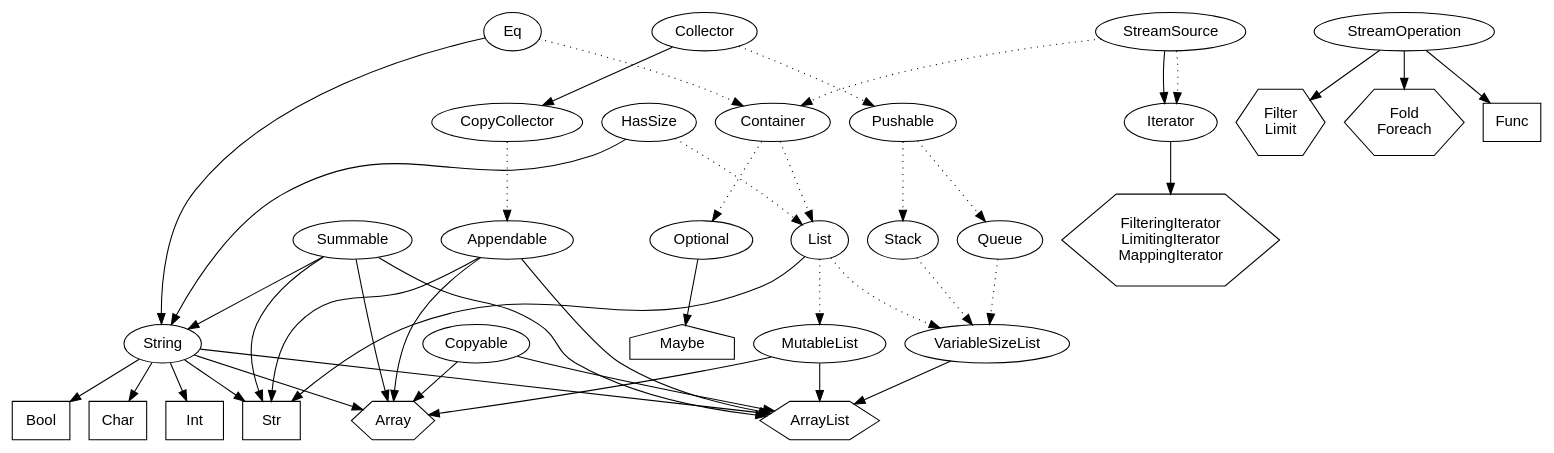
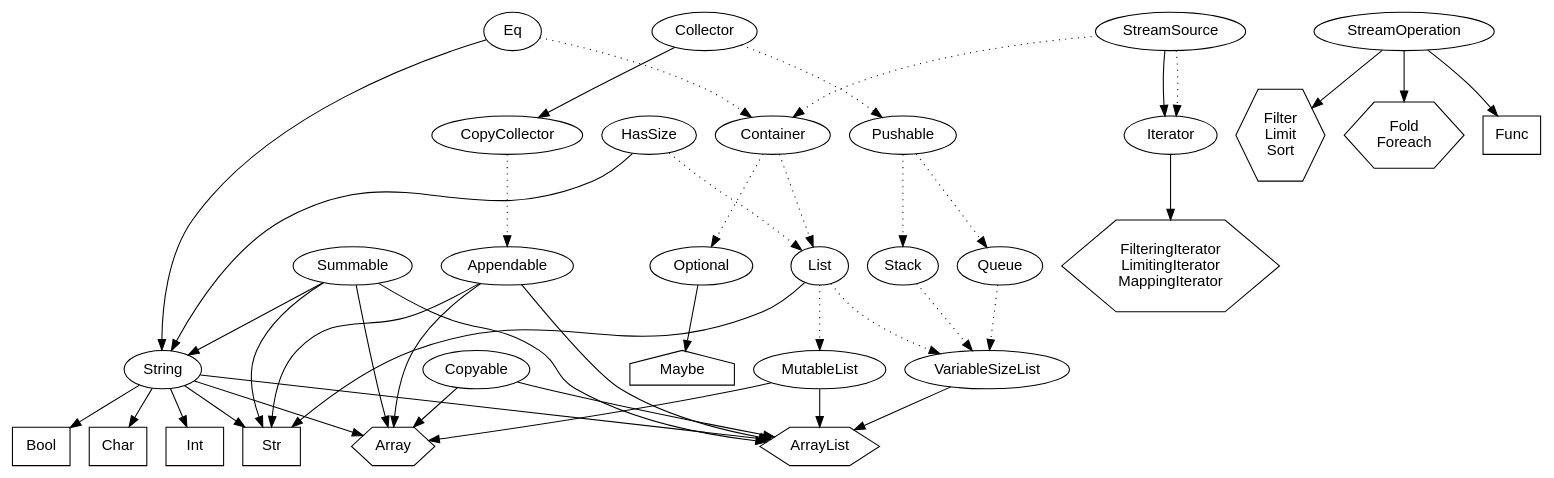
Before and after one commit to fergusq/pscript: the diagram in doc/types.dot, drawn with Graphviz. The commit also changed 6 other files, not shown here.

```diff
--- a/doc/types.dot
+++ b/doc/types.dot
@@ -1,121 +1,121 @@
 digraph G {
     node [fontname="sans-serif"]
     // Models
     String [shape="oval"]
     HasSize [shape="oval"]
     Copyable [shape="oval"]
     Container [shape="oval", group="collections"]
     Optional [shape="oval", group="collections"]
     List [shape="oval", group="collections"]
     MutableList [shape="oval", group="collections"]
     VariableSizeList [shape="oval", group="collections"]
     Stack [shape="oval", group="collections"]
     Queue [shape="oval", group="collections"]
     Appendable [shape="oval", group="collectors"]
     Pushable [shape="oval", group="collectors"]
     Summable [shape="oval", group="collections"]
     
     StreamSource [shape="oval", group="pipes"]
     StreamOperation [shape="oval", group="pipes"]
     Collector [shape="oval", group="collectors"]
     CopyCollector [shape="oval", group="collectors"]
     Iterator [shape="oval", group="iterators"]
     
     // Structs
     /**/ArrayList [shape="hexagon", group="collections"]
     /**/Array [shape="hexagon", group="collections"]
     /**/PipeIterator [label="FilteringIterator\nLimitingIterator\nMappingIterator", shape="hexagon", group="iterators"]
-    /**/PipeOp [label="Filter\nLimit", shape="hexagon", group="pipes"]
+    /**/PipeOp [label="Filter\nLimit\nSort", shape="hexagon", group="pipes"]
     /**/PipeEnd [label="Fold\nForeach", shape="hexagon", group="pipes"]
     
     // Enums
     /**/Maybe [shape="house", group="collections"]
     
     // Primitive types
     /**/Str [shape="box", group="primitives"]
     /**/Int [shape="box", group="primitives"]
     /**/Bool [shape="box", group="primitives"]
     /**/Char [shape="box", group="primitives"]
     /**/Func [shape="box", group="primitives"]
     
     /**/String -> Int
     /**/String -> Char
     /**/String -> Bool
     /**/String -> Str
     /**/String -> Array
     /**/String -> ArrayList
     
     /**/Copyable -> Array
     /**/Copyable -> ArrayList
     
     //+HasSize -> Str
     HasSize -> String
     //+HasSize -> Array
     //+HasSize -> ArrayList
     
     //+Eq -> Str
     Eq -> String
     //+Eq -> Array
     //+Eq -> ArrayList
     //+Eq -> Maybe
     
     /*-*/Eq -> Container [style=dotted]
     /*-*/StreamSource -> Container [style=dotted]
     //+Container -> Array
     //+Container -> ArrayList
     //+Container -> Maybe
     
     /*-*/HasSize -> List [style=dotted]
     /*-*/Container -> List [style=dotted]
     /**/List -> Str
     
     /*-*/List -> MutableList [style=dotted]
     /**/MutableList -> Array
     /**/MutableList -> ArrayList
     
     /*-*/List -> VariableSizeList [style=dotted]
     /*-*/Stack -> VariableSizeList [style=dotted]
     /*-*/Queue -> VariableSizeList [style=dotted]
     /**/VariableSizeList -> ArrayList
     
     /*-*/Pushable -> Stack [style=dotted]
     //+Stack -> ArrayList
     
     /*-*/Pushable -> Queue [style=dotted]
     
     //+StreamSource -> Maybe
     //+StreamSource -> Array
     //+StreamSource -> ArrayList
     StreamSource -> Iterator
     //+StreamSource -> ArrayIterator
     //+StreamSource -> MappingIterator
     
     /**/StreamOperation -> Func
     /**/StreamOperation -> PipeOp
     /**/StreamOperation -> PipeEnd
     
     /**/Summable -> Str
     Summable -> String
     /**/Summable -> Array
     /**/Summable -> ArrayList
     
     /*-*/CopyCollector -> Appendable [style=dotted]
     /**/Appendable -> Array
     /**/Appendable -> ArrayList
     /**/Appendable -> Str
     
     //+CopyCollector -> Array
     //+CopyCollector -> ArrayList
     
     /*-*/Collector -> Pushable [style=dotted]
     //+Pushable -> ArrayList
     
     //+Collector -> ArrayList
     Collector -> CopyCollector
     
     /*-*/StreamSource -> Iterator [style=dotted]
     /**/Iterator -> PipeIterator
     
     /*-*/Container -> Optional [style=dotted]
     /**/Optional -> Maybe
 }
```
